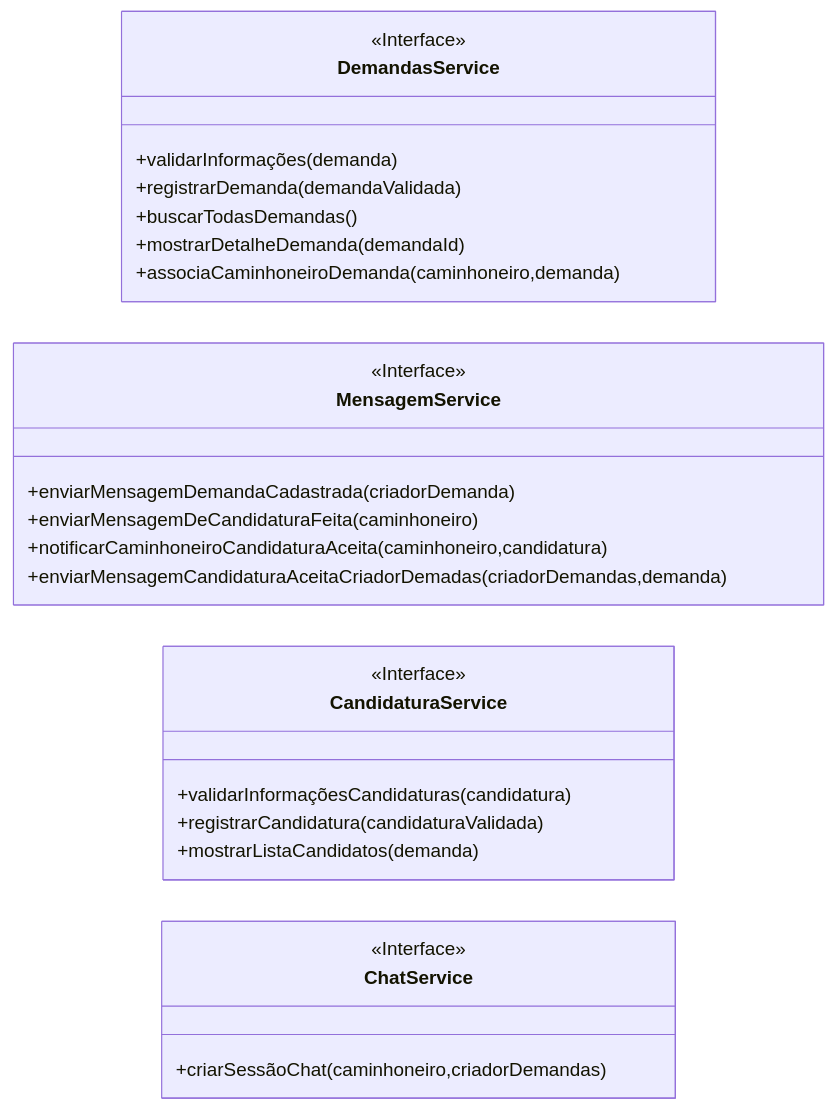
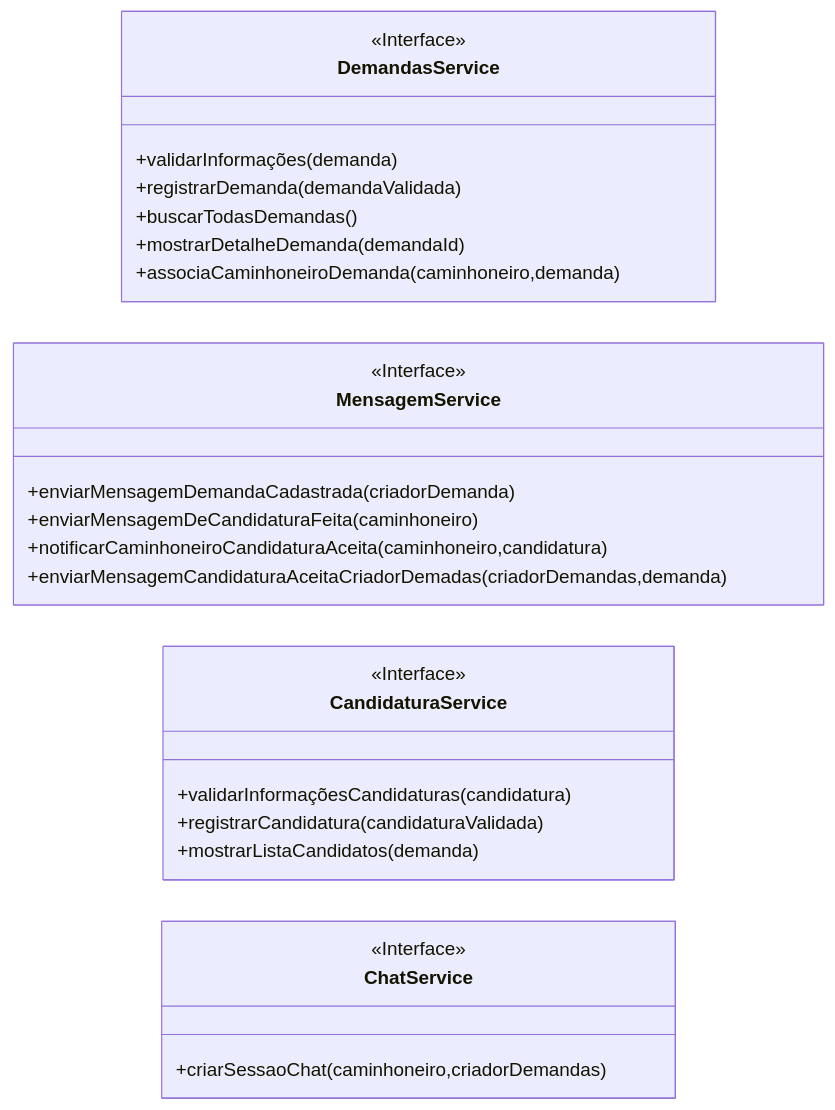
One commit to giovanni1351/Mudancas changed the third of 3 diagrams in LAB3.md. Above: the diagram before and after it, drawn with Mermaid. The commit also changed other lines of this file, not shown here.

````diff
--- a/LAB3.md
+++ b/LAB3.md
@@ -117,38 +117,38 @@
 ```mermaid 
 ---
 config:
   layout: elk
 ---
 classDiagram
 direction LR
     
     class DemandasService {
 	  +validarInformações(demanda)
       +registrarDemanda(demandaValidada)
       +buscarTodasDemandas()
       +mostrarDetalheDemanda(demandaId)
       +associaCaminhoneiroDemanda(caminhoneiro,demanda)
     }
 
     class MensagemService{
       +enviarMensagemDemandaCadastrada(criadorDemanda)
       +enviarMensagemDeCandidaturaFeita(caminhoneiro)
       +notificarCaminhoneiroCandidaturaAceita(caminhoneiro,candidatura)
       +enviarMensagemCandidaturaAceitaCriadorDemadas(criadorDemandas,demanda)
     }
 
     class CandidaturaService{
       +validarInformaçõesCandidaturas(candidatura)
       +registrarCandidatura(candidaturaValidada)
       +mostrarListaCandidatos(demanda)
             
     }
     class ChatService{
-      +criarSessãoChat(caminhoneiro,criadorDemandas)
+      +criarSessaoChat(caminhoneiro,criadorDemandas)
     }
 
   <<Interface>> DemandasService
   <<Interface>> MensagemService
   <<Interface>> ChatService
   <<Interface>> CandidaturaService
 ```
````
